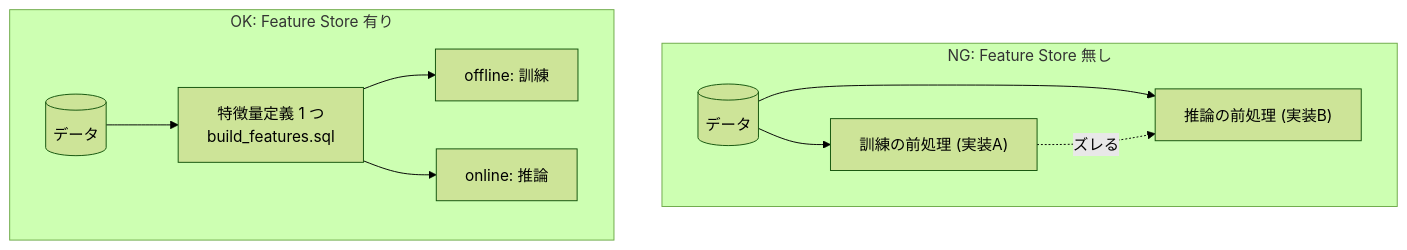
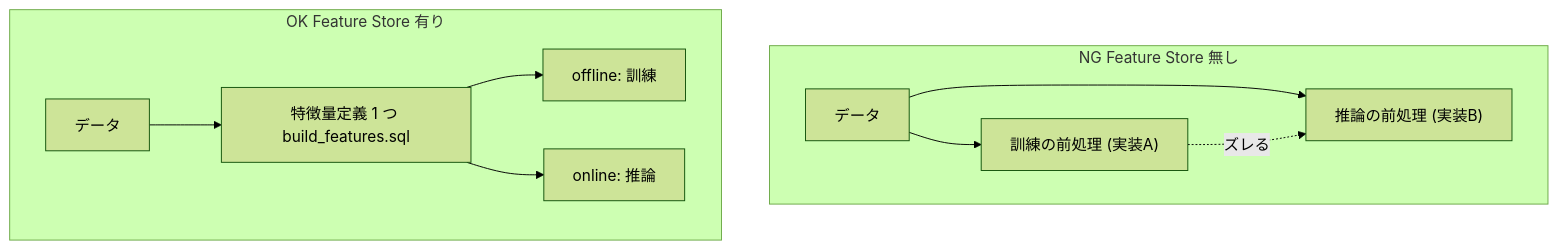
The ninth of 10 diagrams in docs/Feature-store入門.md (kurosawa-kuro/study-gcp-feature-store), drawn with Mermaid (forest theme) before and after one commit. The commit also changed other lines of this file and 6 other files, not shown here.

````diff
--- a/docs/Feature-store入門.md
+++ b/docs/Feature-store入門.md
@@ -241,13 +238,13 @@
 ```mermaid
-flowchart TB
-    subgraph BEFORE["NG: Feature Store 無し"]
-        d1[(データ)] --> t1["訓練の前処理 (実装A)"]
+graph TB
+    subgraph NG Feature Store 無し
+        d1["データ"] --> t1["訓練の前処理 (実装A)"]
         d1 --> s1["推論の前処理 (実装B)"]
         t1 -.->|"ズレる"| s1
     end
-    subgraph AFTER["OK: Feature Store 有り"]
-        d2[(データ)] --> def["特徴量定義 1 つ<br/>build_features.sql"]
-        def --> off["offline: 訓練"]
-        def --> on["online: 推論"]
+    subgraph OK Feature Store 有り
+        d2["データ"] --> fdef["特徴量定義 1 つ build_features.sql"]
+        fdef --> tr_off["offline: 訓練"]
+        fdef --> tr_on["online: 推論"]
     end
 ```
````
